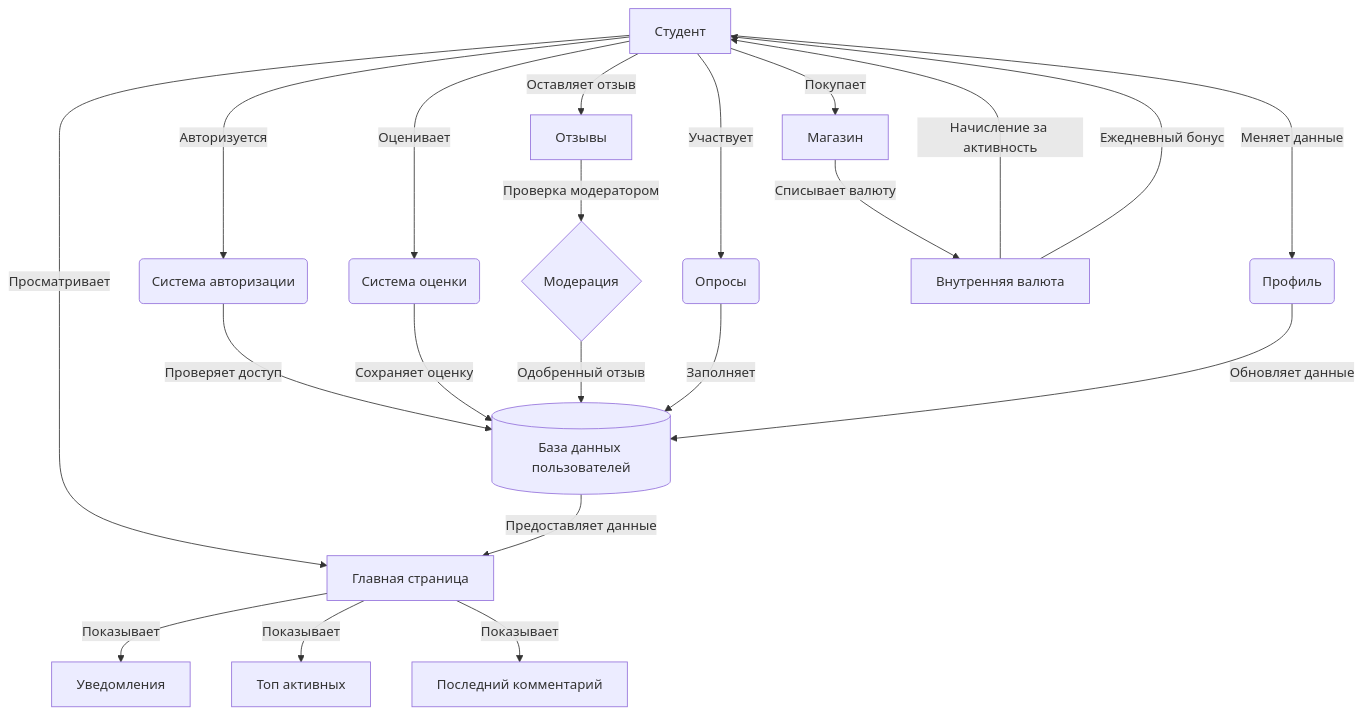
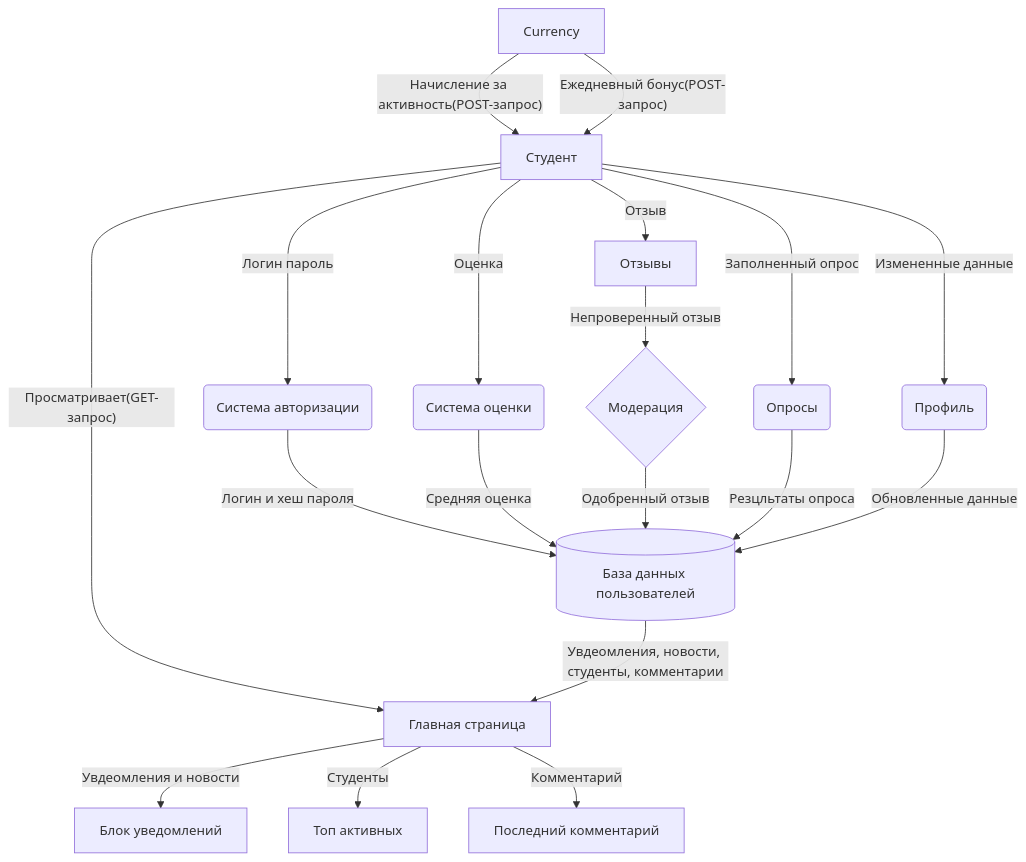
The second of 2 diagrams in ReadMe.md (kalanimus/IT_Project), drawn with Mermaid before and after one commit. The commit also changed 88 other files, not shown here.

````diff
--- a/ReadMe.md
+++ b/ReadMe.md
@@ -88,29 +88,27 @@
 ```mermaid
 flowchart TD
     %% Внешняя сущность - Студент
-    Student[Студент] -->|Авторизуется| Auth(Система авторизации)
-    Student -->|Просматривает| Home[Главная страница]
-    Student -->|Оценивает| Rate(Система оценки)
-    Student -->|Оставляет отзыв| Review[Отзывы]
-    Student -->|Участвует| Survey(Опросы)
-    Student -->|Покупает| Shop[Магазин]
-    Student -->|Меняет данные| Profile(Профиль)
+    Student[Студент] -->|"Логин пароль"| Auth(Система авторизации)
+    Student -->|"Просматривает(GET-запрос)"| Home[Главная страница]
+    Student -->|"Оценка"| Rate(Система оценки)
+    Student -->|"Отзыв"| Review[Отзывы]
+    Student -->|"Заполненный опрос"| Survey(Опросы)
+    Student -->|"Измененные данные"| Profile(Профиль)
 
     %% Процессы системы
-    Auth -->|Проверяет доступ| DB[(База данных пользователей)]
-    Home -->|Показывает| Notif[Уведомления]
-    Home -->|Показывает| Top[Топ активных]
-    Home -->|Показывает| LastComment[Последний комментарий]
+    Auth -->|Логин и хеш пароля| DB[(База данных пользователей)]
+    Home -->|Увдеомления и новости| Notif[Блок уведомлений]
+    Home -->|Студенты| Top[Топ активных]
+    Home -->|Комментарий| LastComment[Последний комментарий]
     
-    Rate -->|Сохраняет оценку| DB
-    Review -->|Проверка модератором| Moderation{Модерация}
+    Rate -->|Средняя оценка| DB
+    Review -->|Непроверенный отзыв| Moderation{Модерация}
     Moderation -->|Одобренный отзыв| DB
-    Survey -->|Заполняет| DB
-    Shop -->|Списывает валюту| Currency[Внутренняя валюта]
-    Profile -->|Обновляет данные| DB
+    Survey -->|Резцльтаты опроса| DB
+    Profile -->|Обновленные данные| DB
 
     %% Потоки данных
-    Currency -->|Начисление за активность| Student
-    Currency -->|Ежедневный бонус| Student
-    DB -->|Предоставляет данные| Home
+    Currency -->|"Начисление за активность(POST-запрос)"| Student
+    Currency -->|"Ежедневный бонус(POST-запрос)"| Student
+    DB -->|Увдеомления, новости, студенты, комментарии| Home
 ```
````
